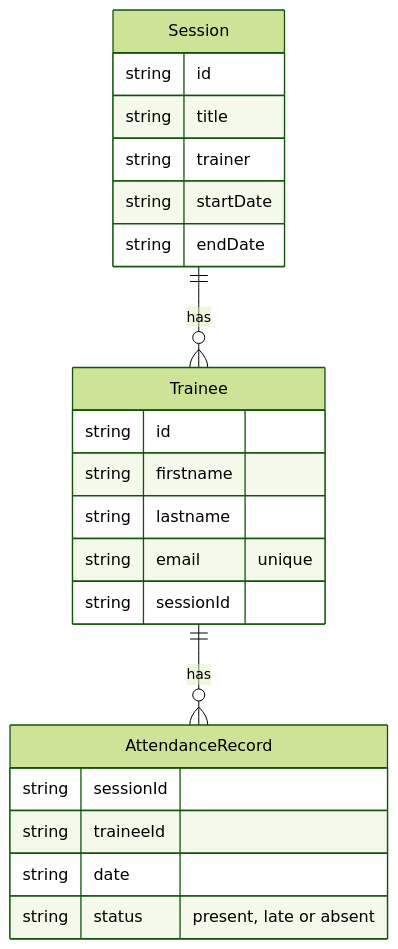
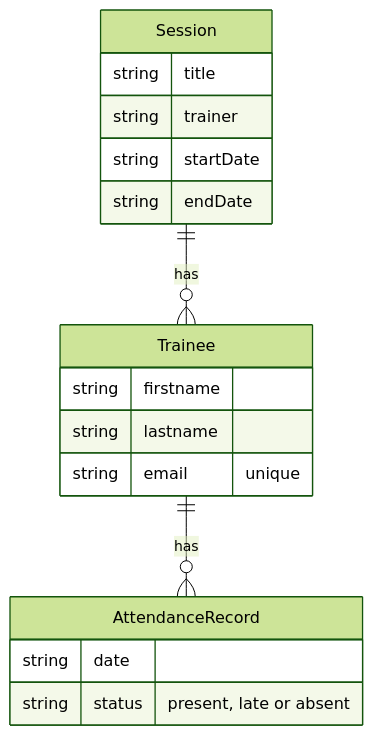
One commit to puremax-lab/SuiviFormation changed the diagram in README.md. Above: the diagram before and after it, drawn with Mermaid (forest theme). The commit also changed other lines of this file, not shown here.

````diff
--- a/README.md
+++ b/README.md
@@ -84,26 +48,21 @@
 ```mermaid
 erDiagram
     Session ||--o{ Trainee : "has"
     Trainee ||--o{ AttendanceRecord : "has"
 
     Session {
-        string id
         string title
         string trainer
         string startDate
         string endDate
     }
     Trainee {
-        string id
         string firstname
         string lastname
         string email "unique"
-        string sessionId
     }
     AttendanceRecord {
-        string sessionId
-        string traineeId
         string date
         string status "present, late or absent"
     }
 ```
````
